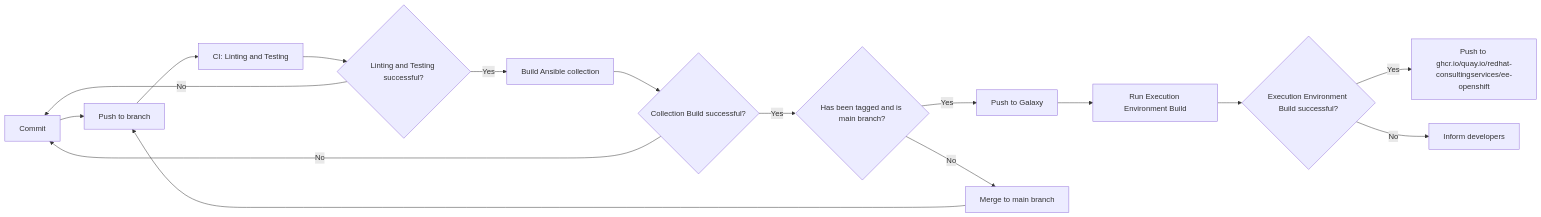
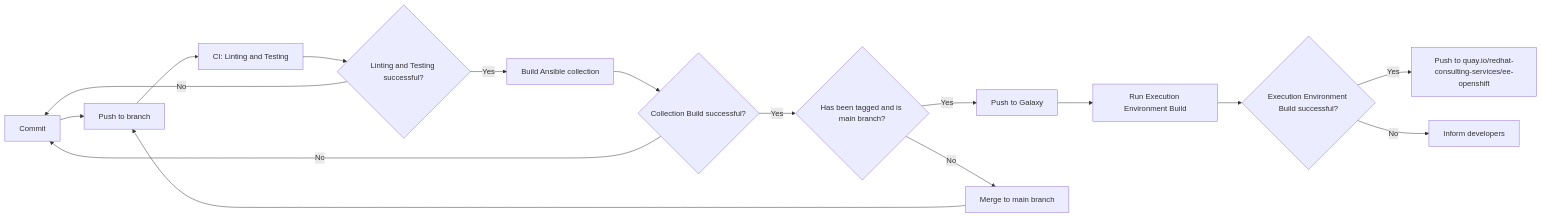
One commit to redhat-consulting-services/ansible-collection-openshift changed the diagram in README.md. Above: the diagram before and after it, drawn with Mermaid. The commit also changed other lines of this file and 3 other files, not shown here.

First line of the commit message:
feat: push container images to quay.io (#68)

````diff
--- a/README.md
+++ b/README.md
@@ -79,35 +85,35 @@
 ```mermaid
 flowchart LR
     A[Commit]
     B[Push to branch]
 
     C[CI: Linting and Testing]
     C1{Linting and Testing successful?}
 
     D[Build Ansible collection]
     D1{Collection Build successful?}
     D2{Has been tagged and is main branch?}
     D3[Push to Galaxy]
 
     E[Merge to main branch]
 
     F[Run Execution Environment Build]
     F1{Execution Environment Build successful?}
-    F2[Push to ghcr.io/quay.io/redhat-consultingservices/ee-openshift]
+    F2[Push to quay.io/redhat-consulting-services/ee-openshift]
 
     G[Inform developers]
 
     A --> B --> C --> C1
     C1 -- Yes --> D --> D1
     D1 -- Yes --> D2
     D1 -- No --> A
 
     C1 -- No --> A
 
     D2 -- Yes --> D3
     D2 -- No --> E --> B
 
     D3 --> F --> F1
     F1 -- Yes --> F2
     F1 -- No --> G
 ```
````
